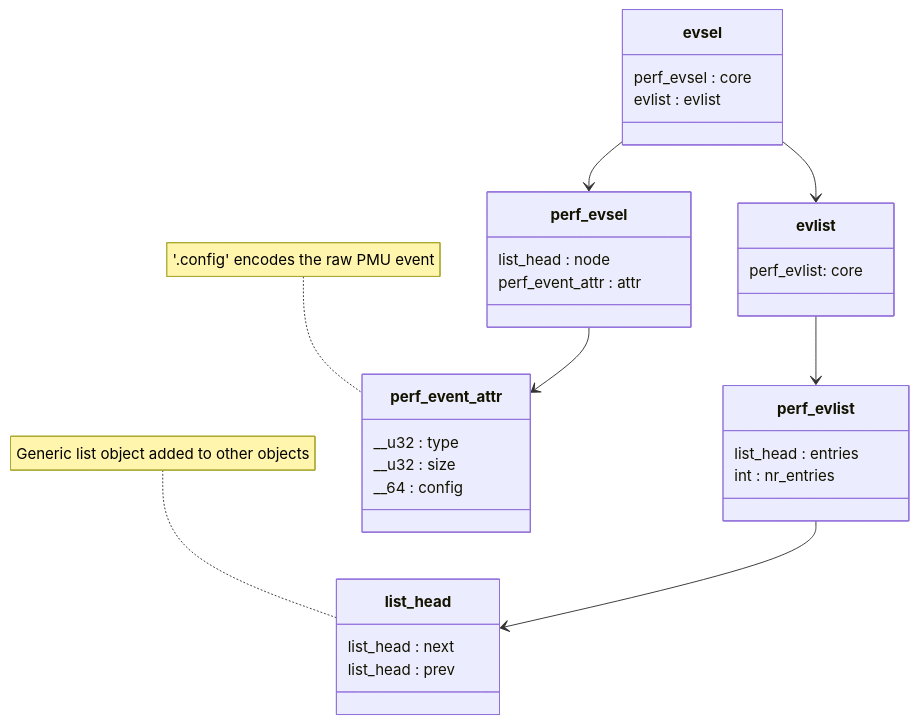
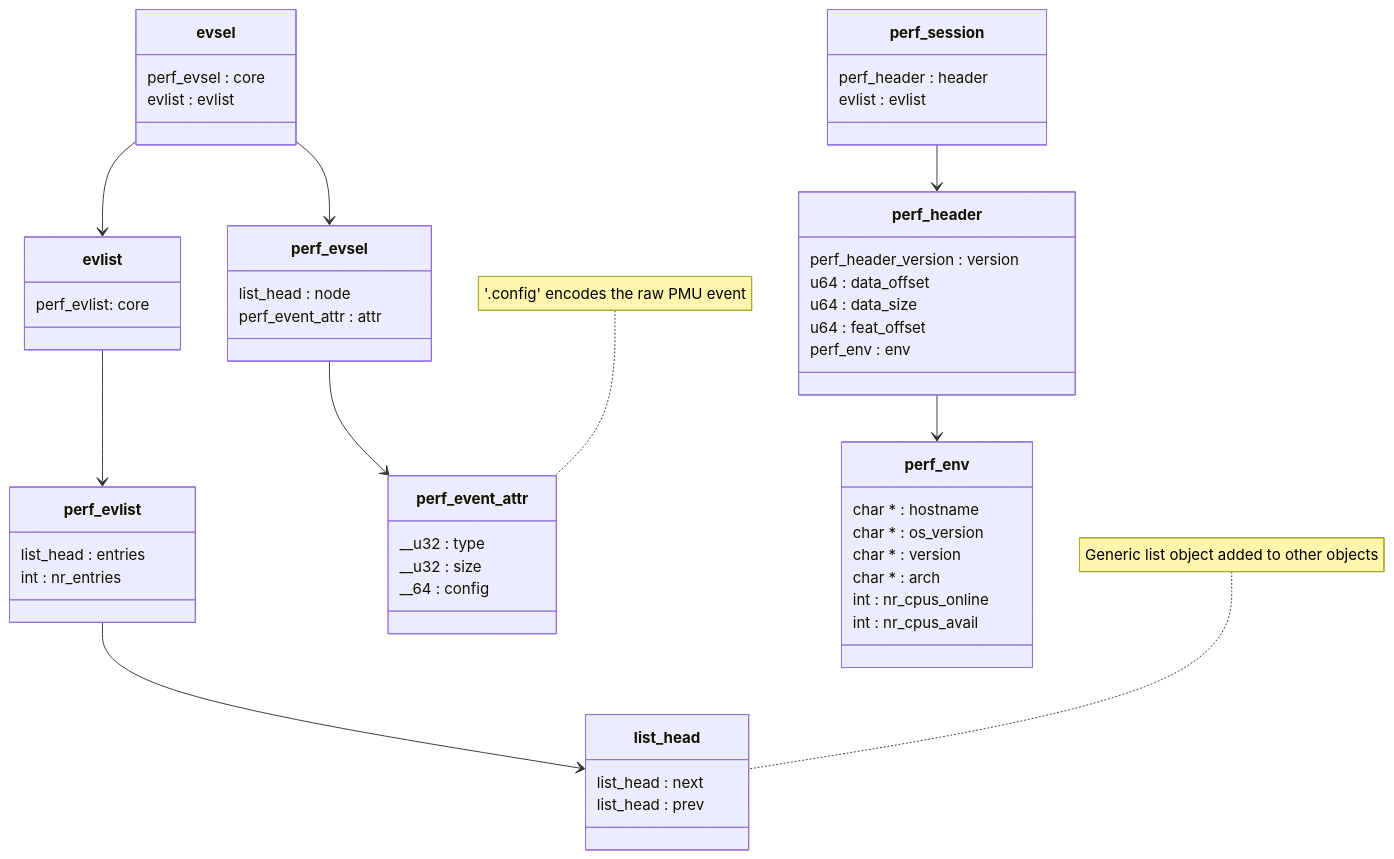
The diagram in mermaid-classes-2.md (jamesodhunt/foo), drawn with Mermaid before and after one commit.

````diff
--- a/mermaid-classes-2.md
+++ b/mermaid-classes-2.md
@@ -3,46 +3,70 @@
 ```mermaid
 classDiagram
     class evlist {
       perf_evlist: core
     }
 
     class evsel {
       perf_evsel : core
       evlist : evlist
     }
 
     class perf_evlist {
       list_head : entries
       int : nr_entries
     }
 
     class perf_evsel {
       list_head : node
       perf_event_attr : attr
     }
 
     class perf_event_attr {
       __u32 : type
       __u32 : size
       __64 : config
     }
     note for perf_event_attr "'.config' encodes the raw PMU event"
 
     class perf_event_attr
 
+    class perf_session {
+      perf_header : header
+      evlist : evlist
+    }
+
+    class perf_header {
+      perf_header_version : version
+      u64 : data_offset
+      u64 : data_size
+      u64 : feat_offset
+      perf_env : env
+    }
+
+    class perf_env {
+      char * : hostname
+      char * : os_version
+      char * : version
+      char * : arch
+      int : nr_cpus_online
+      int : nr_cpus_avail      
+    }
+
     class list_head {
       list_head : next
       list_head : prev
     }
     note for list_head "Generic list object added to other objects"
 
     %% -------------------------------------------
     %% Define relationships
 
     evlist --> perf_evlist
     evsel --> perf_evsel
     evsel --> evlist
     perf_evsel --> perf_event_attr
     perf_evlist --> list_head
+    perf_session --> perf_header
+    perf_header --> perf_env
 
 ```
````
